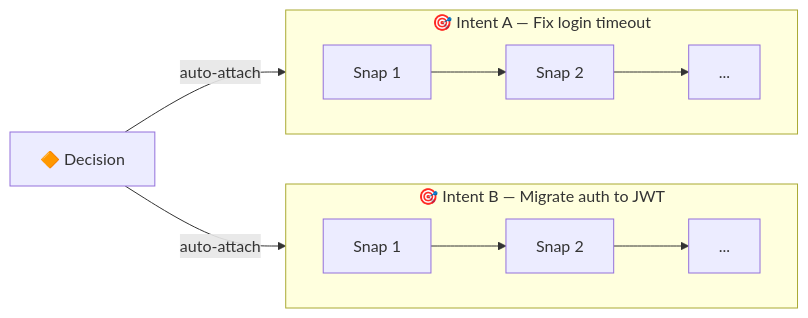
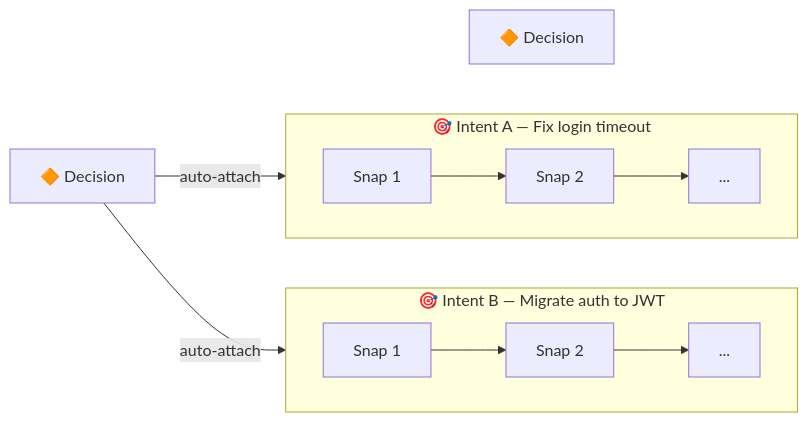
Before and after one commit to dozybot001/Intent: the second of 2 diagrams in README.md, drawn with Mermaid. The commit also changed 1 other file, not shown here.

Commit message:
Add second Decision node below D1

````diff
--- a/README.md
+++ b/README.md
@@ -56,17 +56,19 @@
 ```mermaid
 flowchart LR
   D1["🔶 Decision"]
+  D2["🔶 Decision"]
+  D1 ~~~ D2
 
   subgraph IntentA["🎯 Intent A — Fix login timeout"]
     direction LR
     S1["Snap 1"] --> S2["Snap 2"] --> S3["..."]
   end
 
   subgraph IntentB["🎯 Intent B — Migrate auth to JWT"]
     direction LR
     S4["Snap 1"] --> S5["Snap 2"] --> S6["..."]
   end
 
   D1 -- auto-attach --> IntentA
   D1 -- auto-attach --> IntentB
 ```
````
